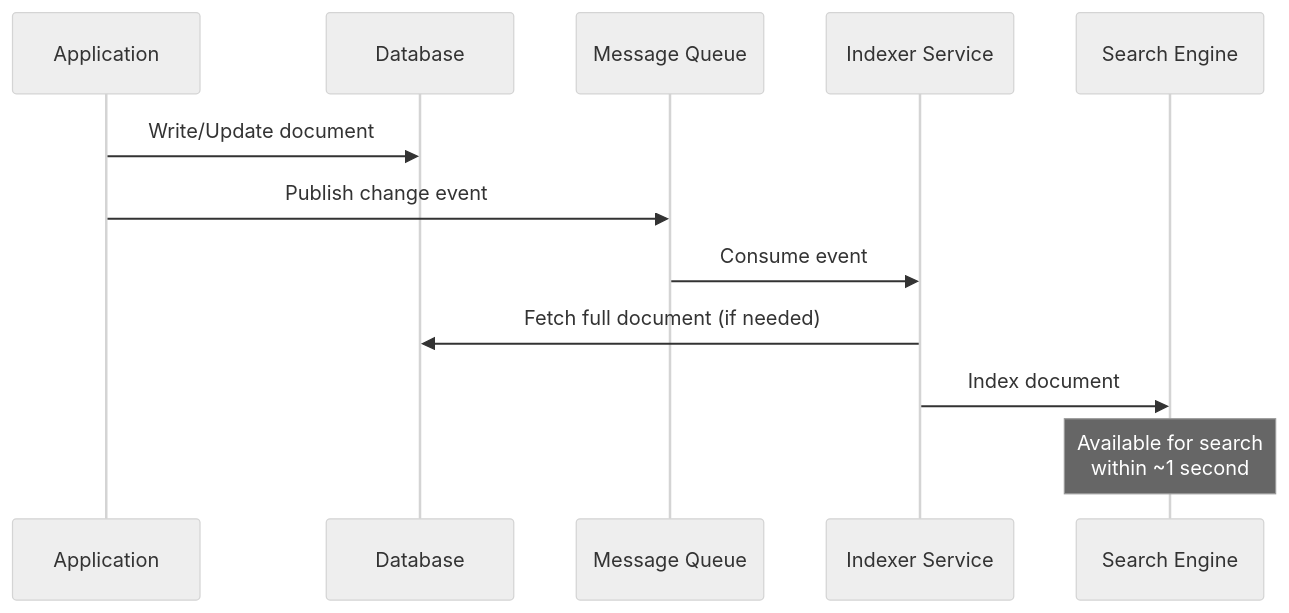
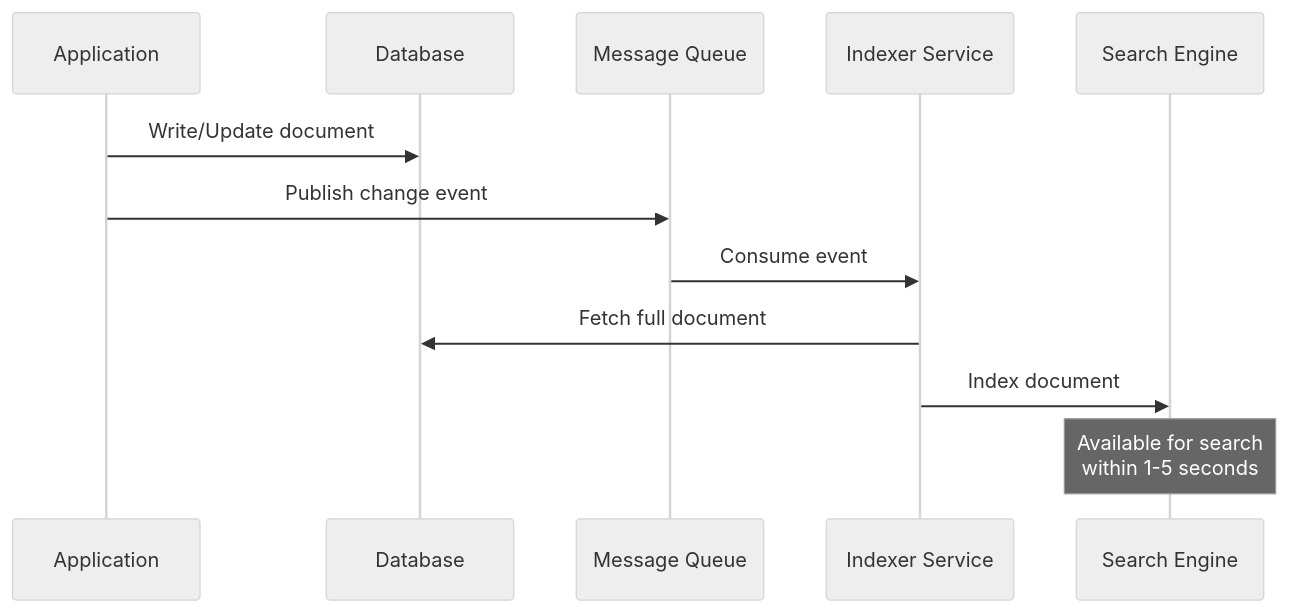
The first of 4 diagrams in Sessions/Search System/Search System.md (calmrocks/system-design-dive-deep), drawn with Mermaid (neutral theme) before and after one commit. The commit also changed other lines of this file and 1 other file, not shown here.

```diff
--- a/Sessions/Search System/Search System.md
+++ b/Sessions/Search System/Search System.md
@@ -123,16 +290,16 @@
 ~~~mermaid
 sequenceDiagram
     participant App as Application
     participant DB as Database
     participant Q as Message Queue
     participant Idx as Indexer Service
     participant ES as Search Engine
     
     App->>DB: Write/Update document
     App->>Q: Publish change event
     Q->>Idx: Consume event
-    Idx->>DB: Fetch full document (if needed)
+    Idx->>DB: Fetch full document
     Idx->>ES: Index document
     
-    Note over ES: Available for search<br/>within ~1 second
+    Note over ES: Available for search<br/>within 1-5 seconds
 ~~~
```
